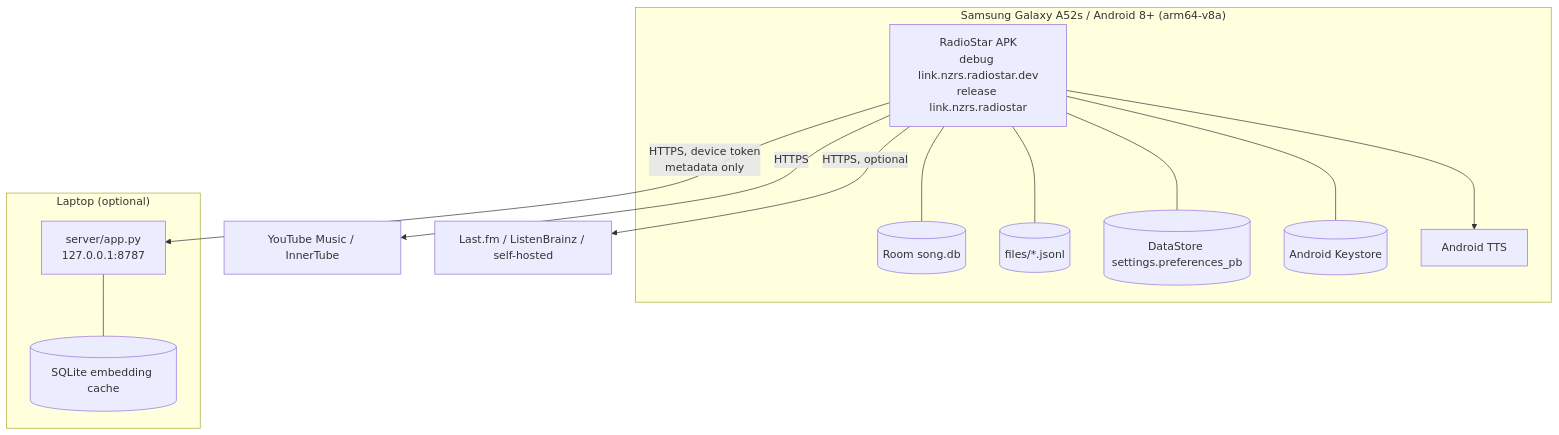
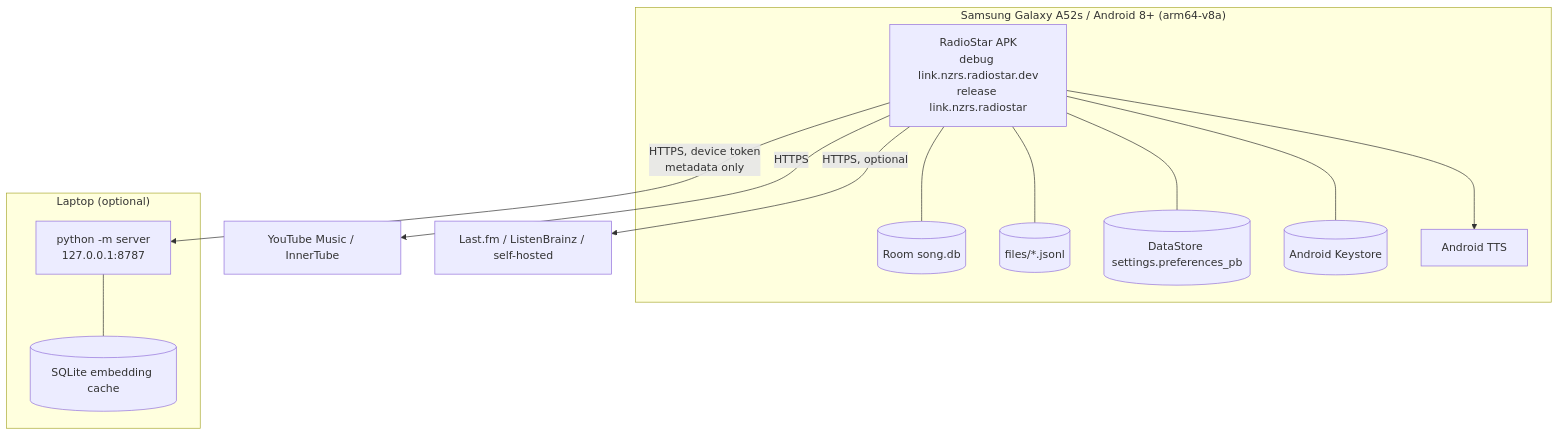
Diagram 11 of 11 in docs/c4-model.md (nzzrs/radiostar), drawn with Mermaid before and after one commit. The commit also changed other lines of this file and 6 other files, not shown here.

````diff
--- a/docs/c4-model.md
+++ b/docs/c4-model.md
@@ -506,29 +506,29 @@
 ```mermaid
 flowchart TB
     subgraph Phone["Samsung Galaxy A52s / Android 8+ (arm64-v8a)"]
         APK["RadioStar APK<br/>debug link.nzrs.radiostar.dev<br/>release link.nzrs.radiostar"]
         ROOM[("Room song.db")]
         JSON[("files/*.jsonl")]
         DS[("DataStore settings.preferences_pb")]
         KS[("Android Keystore")]
         TTS["Android TTS"]
     end
 
     subgraph Laptop["Laptop (optional)"]
-        SRV["server/app.py<br/>127.0.0.1:8787"]
+        SRV["python -m server<br/>127.0.0.1:8787"]
         CACHE[("SQLite embedding cache")]
     end
 
     YT["YouTube Music / InnerTube"]
     SC["Last.fm / ListenBrainz / self-hosted"]
 
     APK --- ROOM
     APK --- JSON
     APK --- DS
     APK --- KS
     APK --> TTS
     APK -->|"HTTPS, device token<br/>metadata only"| SRV
     SRV --- CACHE
     APK -->|"HTTPS"| YT
     APK -->|"HTTPS, optional"| SC
 ```
````
